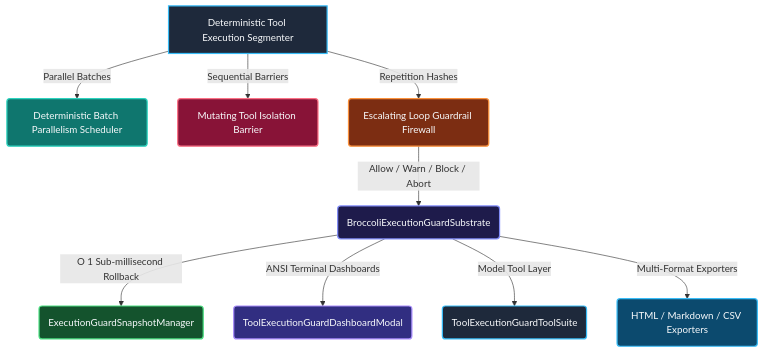
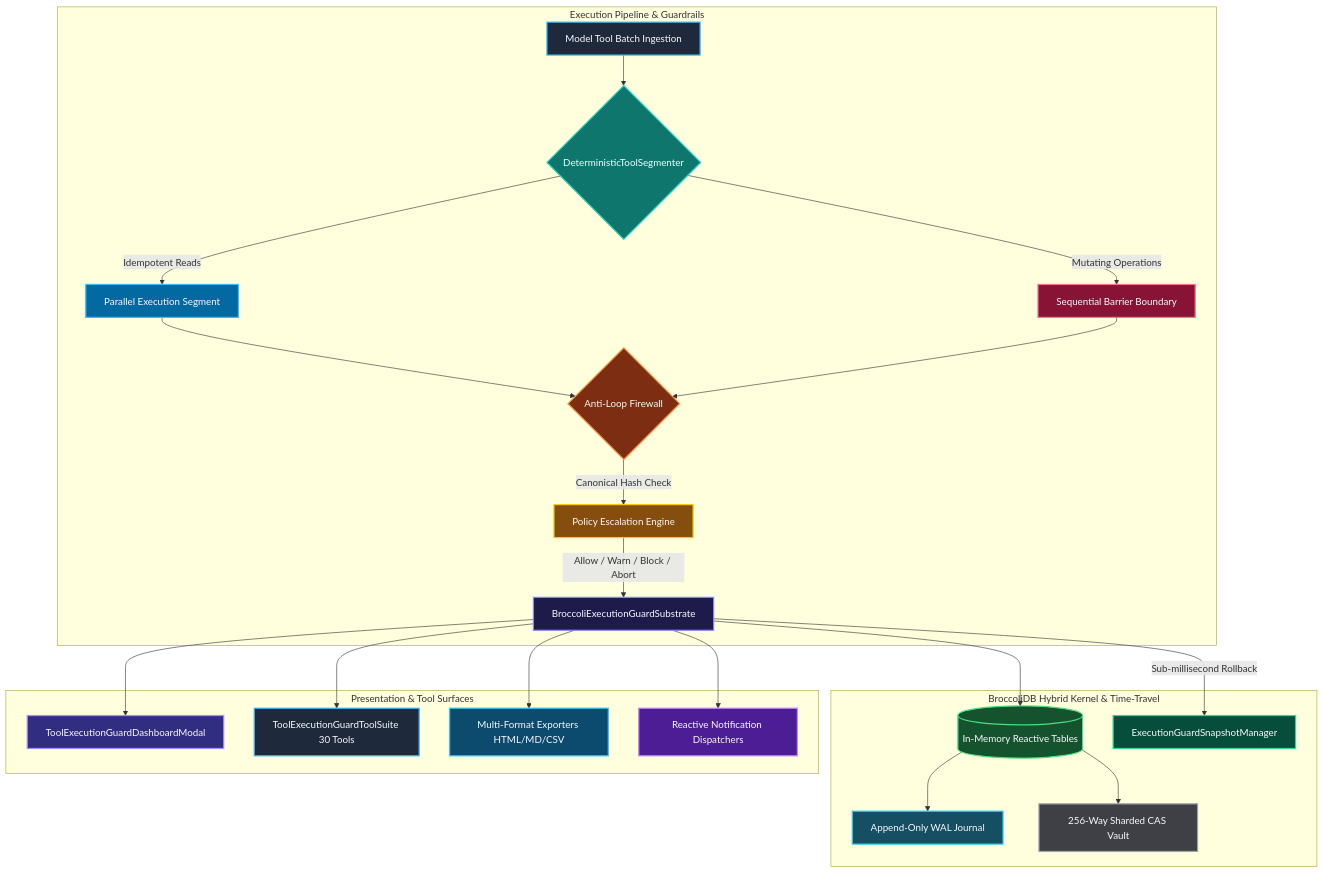
Before and after one commit to CardSorting/LUMI-JOY: the diagram in README.md, drawn with Mermaid. The commit also changed other lines of this file, not shown here.

Commit message:
docs: enrich Current Evolutionary Changelog & Subsystem Synthesis Summary with execution flow diagram and deep-dive matrix

````diff
--- a/README.md
+++ b/README.md
@@ -608,21 +608,41 @@
 ```mermaid
 graph TD
-    A[Deterministic Tool Execution Segmenter] -->|Parallel Batches| B(Deterministic Batch Parallelism Scheduler)
-    A -->|Sequential Barriers| C(Mutating Tool Isolation Barrier)
-    A -->|Repetition Hashes| D(Escalating Loop Guardrail Firewall)
-    D -->|Allow / Warn / Block / Abort| E(BroccoliExecutionGuardSubstrate)
-    E -->|O 1 Sub-millisecond Rollback| F(ExecutionGuardSnapshotManager)
-    E -->|ANSI Terminal Dashboards| G(ToolExecutionGuardDashboardModal)
-    E -->|Model Tool Layer| H(ToolExecutionGuardToolSuite)
-    E -->|Multi-Format Exporters| I(HTML / Markdown / CSV Exporters)
-    
+    subgraph "Execution Pipeline & Guardrails"
+        A[Model Tool Batch Ingestion] --> B{DeterministicToolSegmenter}
+        B -->|Idempotent Reads| C[Parallel Execution Segment]
+        B -->|Mutating Operations| D[Sequential Barrier Boundary]
+        C & D --> E{Anti-Loop Firewall}
+        E -->|Canonical Hash Check| F[Policy Escalation Engine]
+        F -->|Allow / Warn / Block / Abort| G[BroccoliExecutionGuardSubstrate]
+    end
+
+    subgraph "BroccoliDB Hybrid Kernel & Time-Travel"
+        G --> H[(In-Memory Reactive Tables)]
+        H --> I[Append-Only WAL Journal]
+        H --> J[256-Way Sharded CAS Vault]
+        G -->|Sub-millisecond Rollback| K[ExecutionGuardSnapshotManager]
+    end
+
+    subgraph "Presentation & Tool Surfaces"
+        G --> L[ToolExecutionGuardDashboardModal]
+        G --> M[ToolExecutionGuardToolSuite 30 Tools]
+        G --> N[Multi-Format Exporters HTML/MD/CSV]
+        G --> O[Reactive Notification Dispatchers]
+    end
+
     style A fill:#1e293b,stroke:#38bdf8,stroke-width:2px,color:#f8fafc
     style B fill:#0f766e,stroke:#2dd4bf,stroke-width:2px,color:#f8fafc
-    style C fill:#881337,stroke:#fb7185,stroke-width:2px,color:#f8fafc
-    style D fill:#7c2d12,stroke:#fb923c,stroke-width:2px,color:#f8fafc
-    style E fill:#1e1b4b,stroke:#818cf8,stroke-width:2px,color:#f8fafc
-    style F fill:#14532d,stroke:#4ade80,stroke-width:2px,color:#f8fafc
-    style G fill:#312e81,stroke:#a78bfa,stroke-width:2px,color:#f8fafc
-    style H fill:#1e293b,stroke:#38bdf8,stroke-width:2px,color:#f8fafc
-    style I fill:#0c4a6e,stroke:#38bdf8,stroke-width:2px,color:#f8fafc
+    style C fill:#0369a1,stroke:#38bdf8,stroke-width:2px,color:#f8fafc
+    style D fill:#881337,stroke:#fb7185,stroke-width:2px,color:#f8fafc
+    style E fill:#7c2d12,stroke:#fb923c,stroke-width:2px,color:#f8fafc
+    style F fill:#854d0e,stroke:#facc15,stroke-width:2px,color:#f8fafc
+    style G fill:#1e1b4b,stroke:#818cf8,stroke-width:2px,color:#f8fafc
+    style H fill:#14532d,stroke:#4ade80,stroke-width:2px,color:#f8fafc
+    style I fill:#164e63,stroke:#22d3ee,stroke-width:2px,color:#f8fafc
+    style J fill:#3f3f46,stroke:#a1a1aa,stroke-width:2px,color:#f8fafc
+    style K fill:#064e3b,stroke:#34d399,stroke-width:2px,color:#f8fafc
+    style L fill:#312e81,stroke:#a78bfa,stroke-width:2px,color:#f8fafc
+    style M fill:#1e293b,stroke:#38bdf8,stroke-width:2px,color:#f8fafc
+    style N fill:#0c4a6e,stroke:#38bdf8,stroke-width:2px,color:#f8fafc
+    style O fill:#4c1d95,stroke:#c084fc,stroke-width:2px,color:#f8fafc
 ```
````
